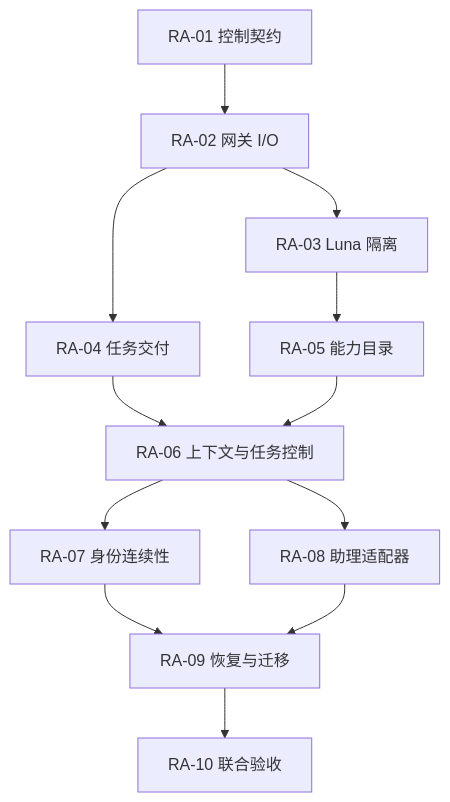
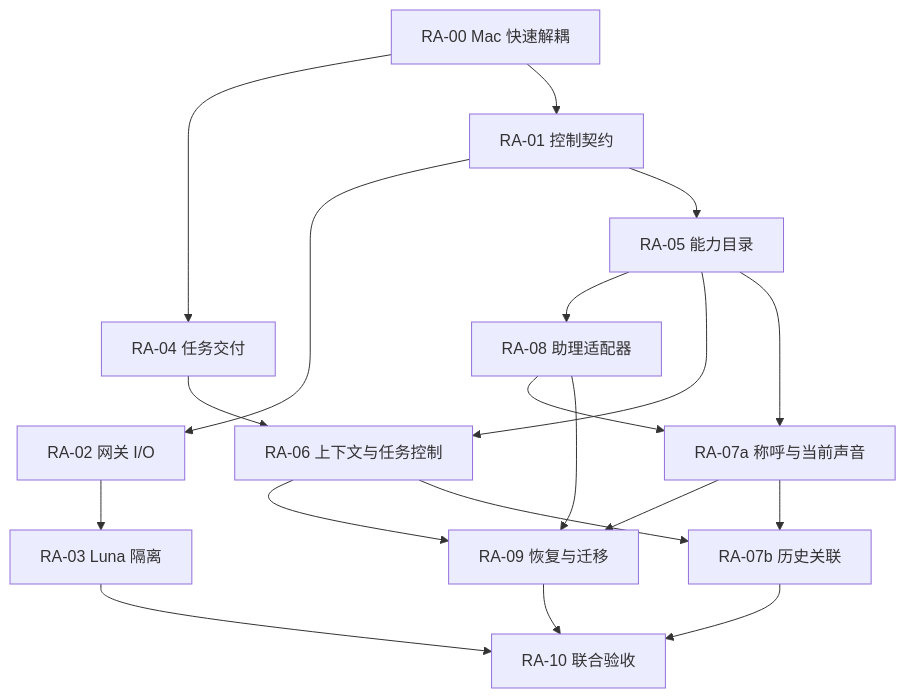
One commit to JasonGuoo/esp-bot changed the diagram in docs/specs/responsive-assistant/implementation-plan.md. Above: the diagram before and after it, drawn with Mermaid. The commit also changed other lines of this file and 9 other files, not shown here.

````diff
--- a/docs/specs/responsive-assistant/implementation-plan.md
+++ b/docs/specs/responsive-assistant/implementation-plan.md
@@ -9,14 +9,21 @@
 ```mermaid
 flowchart TD
-    A["RA-01 控制契约"] --> B["RA-02 网关 I/O"]
+    Z["RA-00 Mac 快速解耦"] --> D["RA-04 任务交付"]
+    Z --> A["RA-01 控制契约"]
+    A --> B["RA-02 网关 I/O"]
     B --> C["RA-03 Luna 隔离"]
-    B --> D["RA-04 任务交付"]
-    C --> E["RA-05 能力目录"]
+    A --> E["RA-05 能力目录"]
+    E --> H["RA-08 助理适配器"]
     D --> F["RA-06 上下文与任务控制"]
     E --> F
-    F --> G["RA-07 身份连续性"]
-    F --> H["RA-08 助理适配器"]
-    G --> I["RA-09 恢复与迁移"]
+    E --> G["RA-07a 称呼与当前声音"]
+    H --> G
+    F --> I["RA-09 恢复与迁移"]
+    G --> I
     H --> I
+    F --> K["RA-07b 历史关联"]
+    G --> K
     I --> J["RA-10 联合验收"]
+    C --> J
+    K --> J
 ```
````
